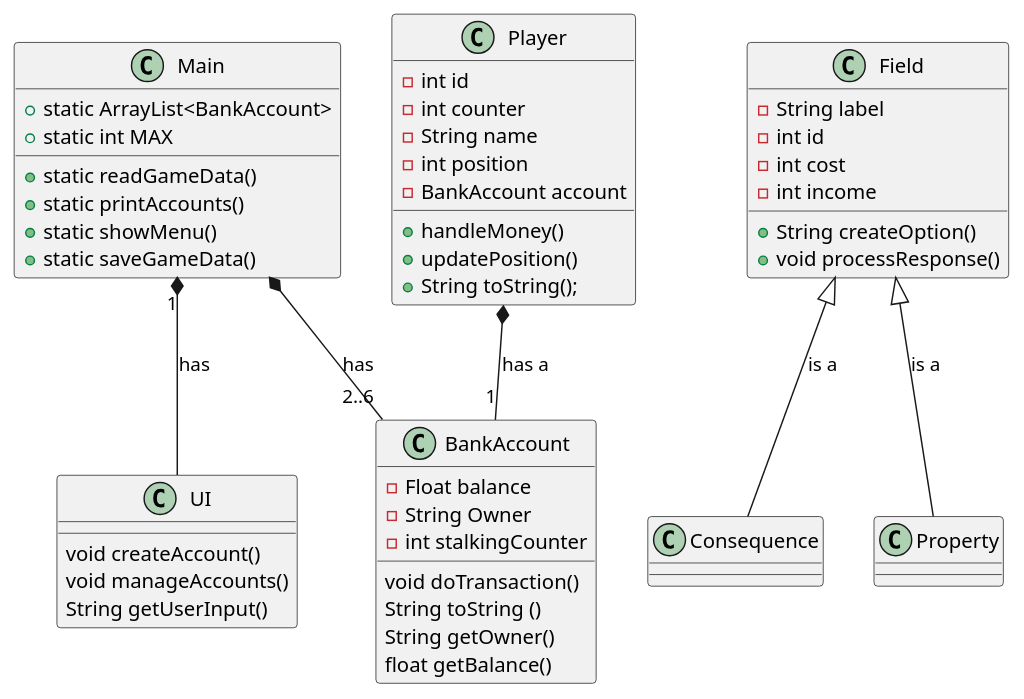
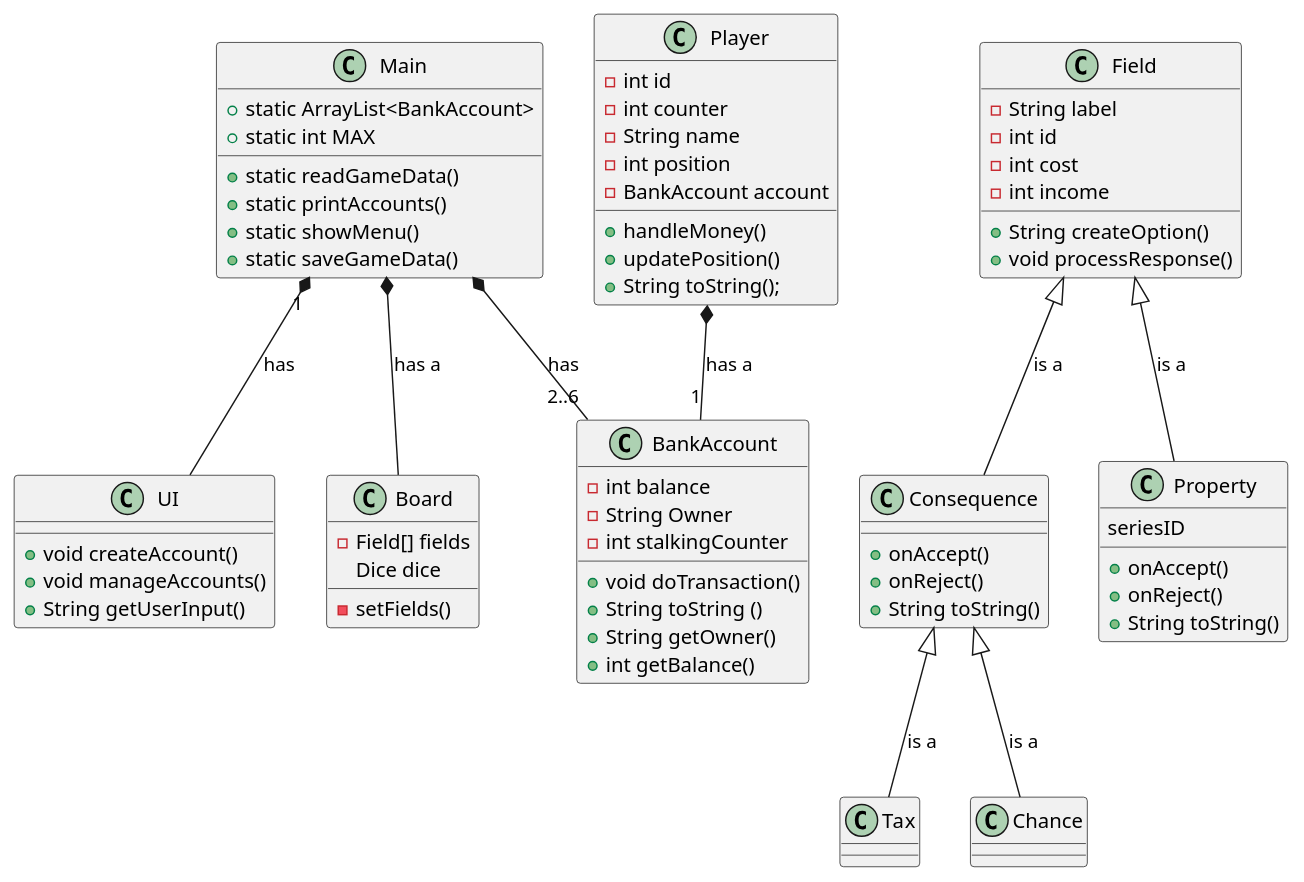
One commit to coerth/Opgaver changed the diagram in Arbejdsmappe/IntelliJ/bank/out/production/bank/Overview.puml. Above: the diagram before and after it, drawn with PlantUML. The commit also changed 39 other files, not shown here.

```diff
--- a/Arbejdsmappe/IntelliJ/bank/out/production/bank/Overview.puml
+++ b/Arbejdsmappe/IntelliJ/bank/out/production/bank/Overview.puml
@@ -1,45 +1,63 @@
 @startuml
 'https://plantuml.com/sequence-diagram
 
 Main  *-- "2..6" BankAccount : has
 Main "1" *-- UI : has
 Player *-- "1" BankAccount : has a
 Field <|-- Consequence : is a
 Field <|-- Property : is a
+Main *-- Board : has a
+Consequence <|-- Tax : is a
+Consequence <|-- Chance : is a
 
 Player : - int id
 Player : - int counter
 Player : - String name
 Player : - int position
 Player : - BankAccount account
 Player : + handleMoney()
 Player : + updatePosition()
 Player : + String toString();
 
-BankAccount : - Float balance
+BankAccount : - int balance
 BankAccount : - String Owner
 BankAccount : - int stalkingCounter
-BankAccount : void doTransaction()
-BankAccount : String toString ()
-BankAccount : String getOwner()
-BankAccount : float getBalance()
+BankAccount : + void doTransaction()
+BankAccount : + String toString ()
+BankAccount : + String getOwner()
+BankAccount : + int getBalance()
 
-UI : void createAccount()
-UI : void manageAccounts()
-UI : String getUserInput()
+UI : + void createAccount()
+UI : + void manageAccounts()
+UI : + String getUserInput()
 
 Main : + static ArrayList<BankAccount>
 Main : + static int MAX
 Main : + static readGameData()
 Main : + static printAccounts()
 Main : + static showMenu()
 Main : + static saveGameData()
 
 Field : - String label
 Field : - int id
 Field : - int cost
 Field : - int income
 Field : + String createOption()
 Field : + void processResponse()
 
+Consequence : + onAccept()
+Consequence : + onReject()
+Consequence : + String toString()
+
+Property : seriesID
+Property : + onAccept()
+Property : + onReject()
+Property : + String toString()
+
+Board : - Field[] fields
+Board : Dice dice
+Board : - setFields()
+
+
+
 @enduml
```
